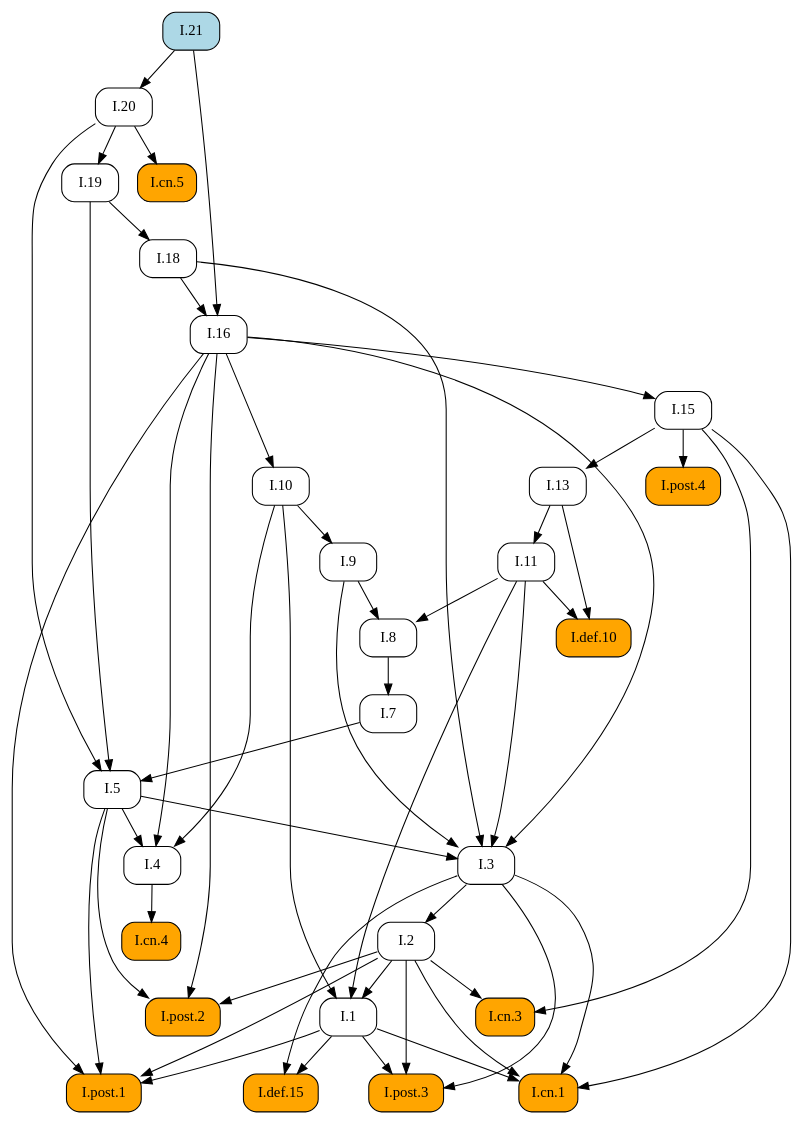
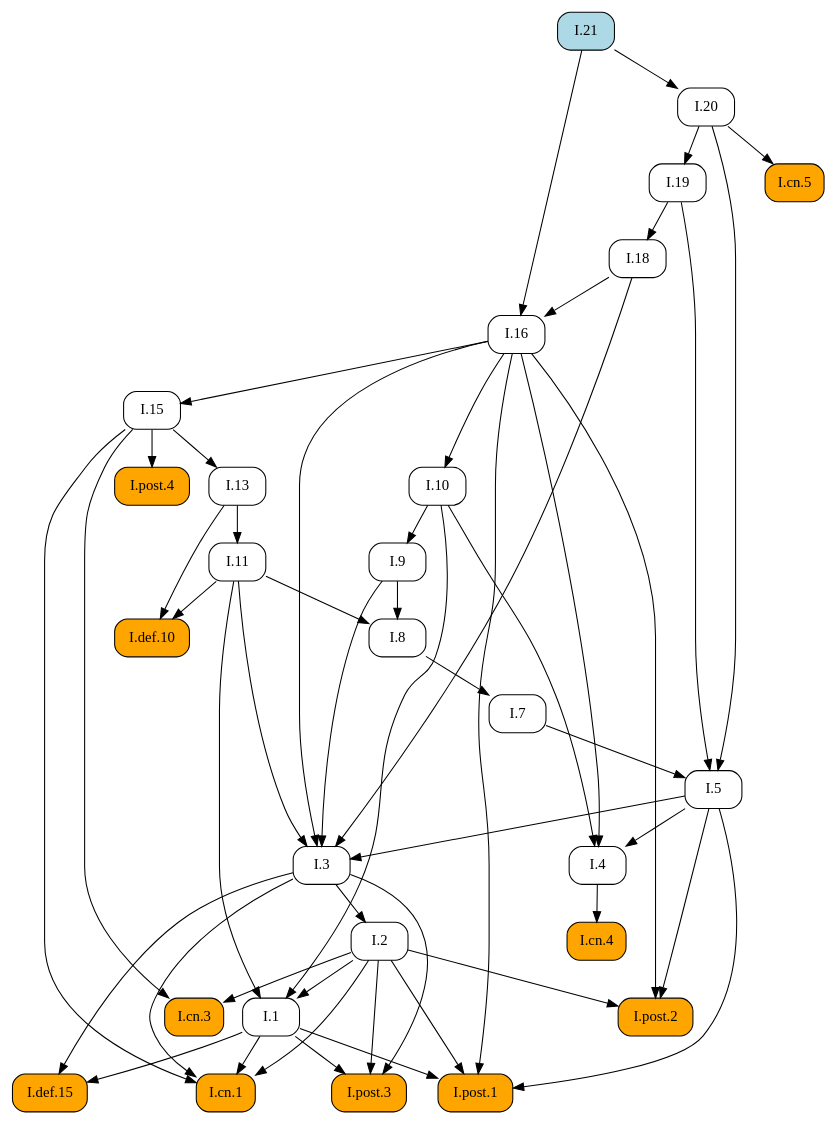
One commit to geometor/elements changed the diagram in docsrc/elements2/I/21/index.rst. Above: the diagram before and after it, drawn with Graphviz. The commit also changed other lines of this file and 171 other files, not shown here.

```diff
--- a/docsrc/elements2/I/21/index.rst
+++ b/docsrc/elements2/I/21/index.rst
@@ -78,82 +78,82 @@
    digraph {
      rankdir="TB";
      node [shape=box, style=rounded];
+     "I.8" [URL="/elements2/I/8/", target="_top"];
+     "I.19" [URL="/elements2/I/19/", target="_top"];
+     "I.1" [URL="/elements2/I/1/", target="_top"];
+     "I.cn.3" [style="rounded,filled", fillcolor=orange, URL="/elements2/I/cn.3/", target="_top"];
+     "I.cn.4" [style="rounded,filled", fillcolor=orange, URL="/elements2/I/cn.4/", target="_top"];
+     "I.7" [URL="/elements2/I/7/", target="_top"];
+     "I.post.1" [style="rounded,filled", fillcolor=orange, URL="/elements2/I/post.1/", target="_top"];
+     "I.9" [URL="/elements2/I/9/", target="_top"];
+     "I.5" [URL="/elements2/I/5/", target="_top"];
+     "I.cn.1" [style="rounded,filled", fillcolor=orange, URL="/elements2/I/cn.1/", target="_top"];
+     "I.post.4" [style="rounded,filled", fillcolor=orange, URL="/elements2/I/post.4/", target="_top"];
+     "I.def.10" [style="rounded,filled", fillcolor=orange, URL="/elements2/I/def.10/", target="_top"];
      "I.16" [URL="/elements2/I/16/", target="_top"];
-     "I.def.10" [style="rounded,filled", fillcolor=orange, URL="/elements2/I/def.10/", target="_top"];
+     "I.13" [URL="/elements2/I/13/", target="_top"];
+     "I.18" [URL="/elements2/I/18/", target="_top"];
      "I.21" [style="rounded,filled", fillcolor=lightblue, URL="/elements2/I/21/", target="_top"];
-     "I.9" [URL="/elements2/I/9/", target="_top"];
-     "I.18" [URL="/elements2/I/18/", target="_top"];
-     "I.20" [URL="/elements2/I/20/", target="_top"];
      "I.2" [URL="/elements2/I/2/", target="_top"];
-     "I.8" [URL="/elements2/I/8/", target="_top"];
-     "I.15" [URL="/elements2/I/15/", target="_top"];
      "I.def.15" [style="rounded,filled", fillcolor=orange, URL="/elements2/I/def.15/", target="_top"];
-     "I.cn.4" [style="rounded,filled", fillcolor=orange, URL="/elements2/I/cn.4/", target="_top"];
-     "I.post.3" [style="rounded,filled", fillcolor=orange, URL="/elements2/I/post.3/", target="_top"];
-     "I.1" [URL="/elements2/I/1/", target="_top"];
-     "I.post.2" [style="rounded,filled", fillcolor=orange, URL="/elements2/I/post.2/", target="_top"];
-     "I.13" [URL="/elements2/I/13/", target="_top"];
-     "I.10" [URL="/elements2/I/10/", target="_top"];
-     "I.post.1" [style="rounded,filled", fillcolor=orange, URL="/elements2/I/post.1/", target="_top"];
-     "I.7" [URL="/elements2/I/7/", target="_top"];
-     "I.post.4" [style="rounded,filled", fillcolor=orange, URL="/elements2/I/post.4/", target="_top"];
-     "I.cn.1" [style="rounded,filled", fillcolor=orange, URL="/elements2/I/cn.1/", target="_top"];
-     "I.3" [URL="/elements2/I/3/", target="_top"];
-     "I.cn.3" [style="rounded,filled", fillcolor=orange, URL="/elements2/I/cn.3/", target="_top"];
+     "I.4" [URL="/elements2/I/4/", target="_top"];
      "I.cn.5" [style="rounded,filled", fillcolor=orange, URL="/elements2/I/cn.5/", target="_top"];
      "I.11" [URL="/elements2/I/11/", target="_top"];
-     "I.19" [URL="/elements2/I/19/", target="_top"];
-     "I.5" [URL="/elements2/I/5/", target="_top"];
-     "I.4" [URL="/elements2/I/4/", target="_top"];
-     "I.18" -> "I.16";
-     "I.21" -> "I.16";
-     "I.11" -> "I.def.10";
-     "I.13" -> "I.def.10";
-     "I.10" -> "I.9";
-     "I.19" -> "I.18";
-     "I.21" -> "I.20";
-     "I.3" -> "I.2";
+     "I.10" [URL="/elements2/I/10/", target="_top"];
+     "I.15" [URL="/elements2/I/15/", target="_top"];
+     "I.20" [URL="/elements2/I/20/", target="_top"];
+     "I.3" [URL="/elements2/I/3/", target="_top"];
+     "I.post.2" [style="rounded,filled", fillcolor=orange, URL="/elements2/I/post.2/", target="_top"];
+     "I.post.3" [style="rounded,filled", fillcolor=orange, URL="/elements2/I/post.3/", target="_top"];
      "I.9" -> "I.8";
      "I.11" -> "I.8";
-     "I.16" -> "I.15";
-     "I.1" -> "I.def.15";
-     "I.3" -> "I.def.15";
-     "I.4" -> "I.cn.4";
-     "I.1" -> "I.post.3";
-     "I.2" -> "I.post.3";
-     "I.3" -> "I.post.3";
+     "I.20" -> "I.19";
      "I.2" -> "I.1";
      "I.10" -> "I.1";
      "I.11" -> "I.1";
-     "I.2" -> "I.post.2";
-     "I.5" -> "I.post.2";
-     "I.16" -> "I.post.2";
-     "I.15" -> "I.13";
-     "I.16" -> "I.10";
+     "I.2" -> "I.cn.3";
+     "I.15" -> "I.cn.3";
+     "I.4" -> "I.cn.4";
+     "I.8" -> "I.7";
      "I.1" -> "I.post.1";
      "I.2" -> "I.post.1";
      "I.5" -> "I.post.1";
      "I.16" -> "I.post.1";
-     "I.8" -> "I.7";
-     "I.15" -> "I.post.4";
+     "I.10" -> "I.9";
+     "I.7" -> "I.5";
+     "I.19" -> "I.5";
+     "I.20" -> "I.5";
      "I.1" -> "I.cn.1";
      "I.2" -> "I.cn.1";
      "I.3" -> "I.cn.1";
      "I.15" -> "I.cn.1";
+     "I.15" -> "I.post.4";
+     "I.11" -> "I.def.10";
+     "I.13" -> "I.def.10";
+     "I.18" -> "I.16";
+     "I.21" -> "I.16";
+     "I.15" -> "I.13";
+     "I.19" -> "I.18";
+     "I.3" -> "I.2";
+     "I.1" -> "I.def.15";
+     "I.3" -> "I.def.15";
+     "I.5" -> "I.4";
+     "I.10" -> "I.4";
+     "I.16" -> "I.4";
+     "I.20" -> "I.cn.5";
+     "I.13" -> "I.11";
+     "I.16" -> "I.10";
+     "I.16" -> "I.15";
+     "I.21" -> "I.20";
      "I.5" -> "I.3";
      "I.9" -> "I.3";
      "I.11" -> "I.3";
      "I.16" -> "I.3";
      "I.18" -> "I.3";
-     "I.2" -> "I.cn.3";
-     "I.15" -> "I.cn.3";
-     "I.20" -> "I.cn.5";
-     "I.13" -> "I.11";
-     "I.20" -> "I.19";
-     "I.7" -> "I.5";
-     "I.19" -> "I.5";
-     "I.20" -> "I.5";
-     "I.5" -> "I.4";
-     "I.10" -> "I.4";
-     "I.16" -> "I.4";
+     "I.2" -> "I.post.2";
+     "I.5" -> "I.post.2";
+     "I.16" -> "I.post.2";
+     "I.1" -> "I.post.3";
+     "I.2" -> "I.post.3";
+     "I.3" -> "I.post.3";
    }
```
